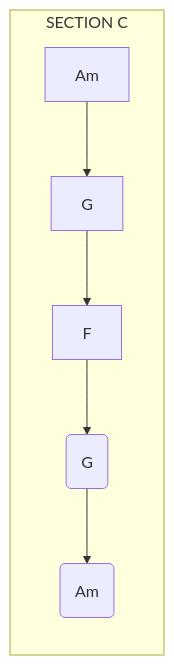
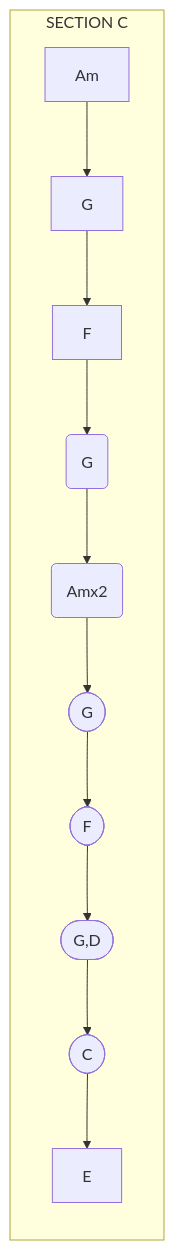
Before and after one commit to dengqinghua/dengqinghua.github.io: the first of 2 diagrams in _posts/2020-12-01-live-more.md, drawn with Mermaid. The commit also changed other lines of this file and 2 other files, not shown here.

```diff
--- a/_posts/2020-12-01-live-more.md
+++ b/_posts/2020-12-01-live-more.md
@@ -26,6 +29,7 @@
 {% mermaid %}
 graph LR
     subgraph SECTION C
-    Am-->G-->F-->G1(G)-->Am1(Am)
+    Am-->G-->F-->G1(G)-->Am1(Amx2)
+    -->G2([G])-->F2([F])-->G2-1([G,D])-->C2([C])-->E
     end
 {% endmermaid %}
```
